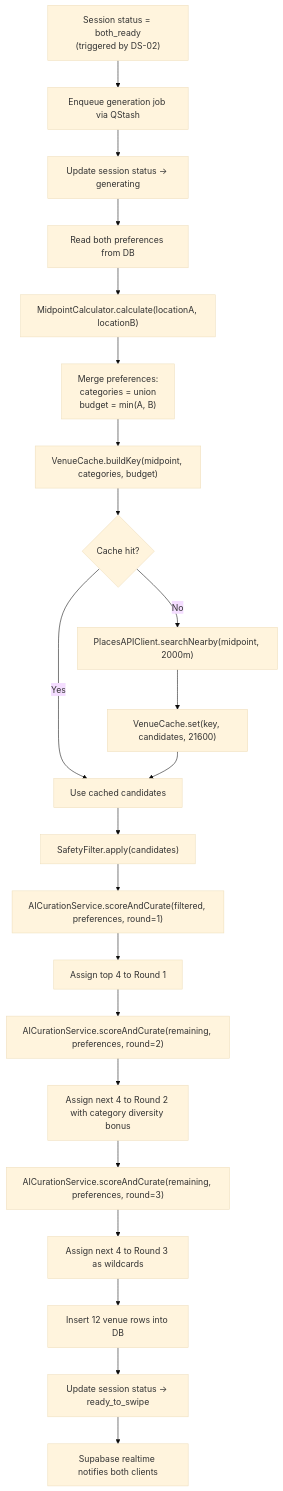
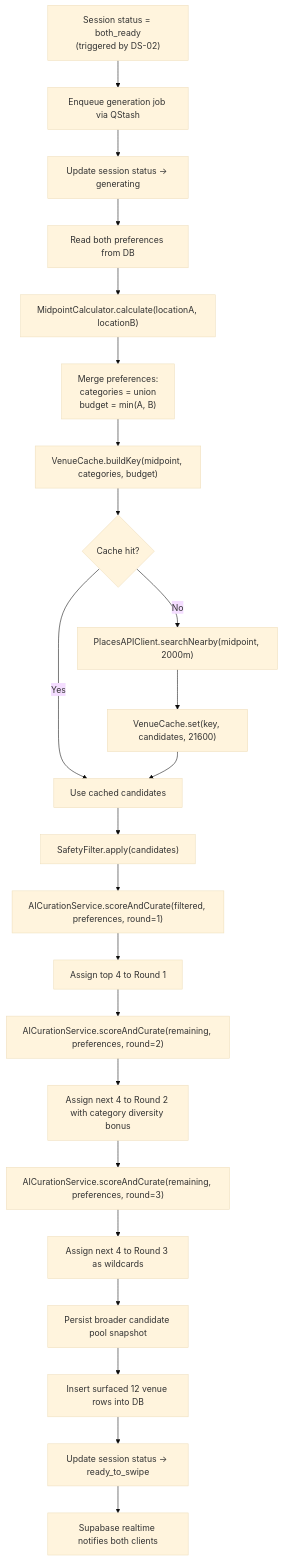
The fourth of 4 diagrams in docs/dev-specs/ds-03-venue-generation.md (Aiden-Barrera/dateflow), drawn with Mermaid (base theme) before and after one commit. The commit also changed other lines of this file and 3 other files, not shown here.

Commit message:
docs: add candidate pool regeneration follow-up spec

````diff
--- a/docs/dev-specs/ds-03-venue-generation.md
+++ b/docs/dev-specs/ds-03-venue-generation.md
@@ -221,24 +227,25 @@
 ```mermaid
 flowchart TD
     A["Session status = both_ready<br/>(triggered by DS-02)"] --> B["Enqueue generation job via QStash"]
     B --> C["Update session status → generating"]
     C --> D["Read both preferences from DB"]
     D --> E["MidpointCalculator.calculate(locationA, locationB)"]
     E --> F["Merge preferences:<br/>categories = union<br/>budget = min(A, B)"]
     F --> G["VenueCache.buildKey(midpoint, categories, budget)"]
     G --> H{"Cache hit?"}
     H -- "Yes" --> I["Use cached candidates"]
     H -- "No" --> J["PlacesAPIClient.searchNearby(midpoint, 2000m)"]
     J --> K["VenueCache.set(key, candidates, 21600)"]
     K --> I
     I --> L["SafetyFilter.apply(candidates)"]
     L --> M["AICurationService.scoreAndCurate(filtered, preferences, round=1)"]
     M --> N["Assign top 4 to Round 1"]
     N --> O["AICurationService.scoreAndCurate(remaining, preferences, round=2)"]
     O --> P["Assign next 4 to Round 2 with category diversity bonus"]
     P --> Q["AICurationService.scoreAndCurate(remaining, preferences, round=3)"]
     Q --> R["Assign next 4 to Round 3 as wildcards"]
-    R --> S["Insert 12 venue rows into DB"]
-    S --> T["Update session status → ready_to_swipe"]
-    T --> U["Supabase realtime notifies both clients"]
+    R --> S["Persist broader candidate pool snapshot"]
+    S --> T["Insert surfaced 12 venue rows into DB"]
+    T --> U["Update session status → ready_to_swipe"]
+    U --> V["Supabase realtime notifies both clients"]
 ```
````
